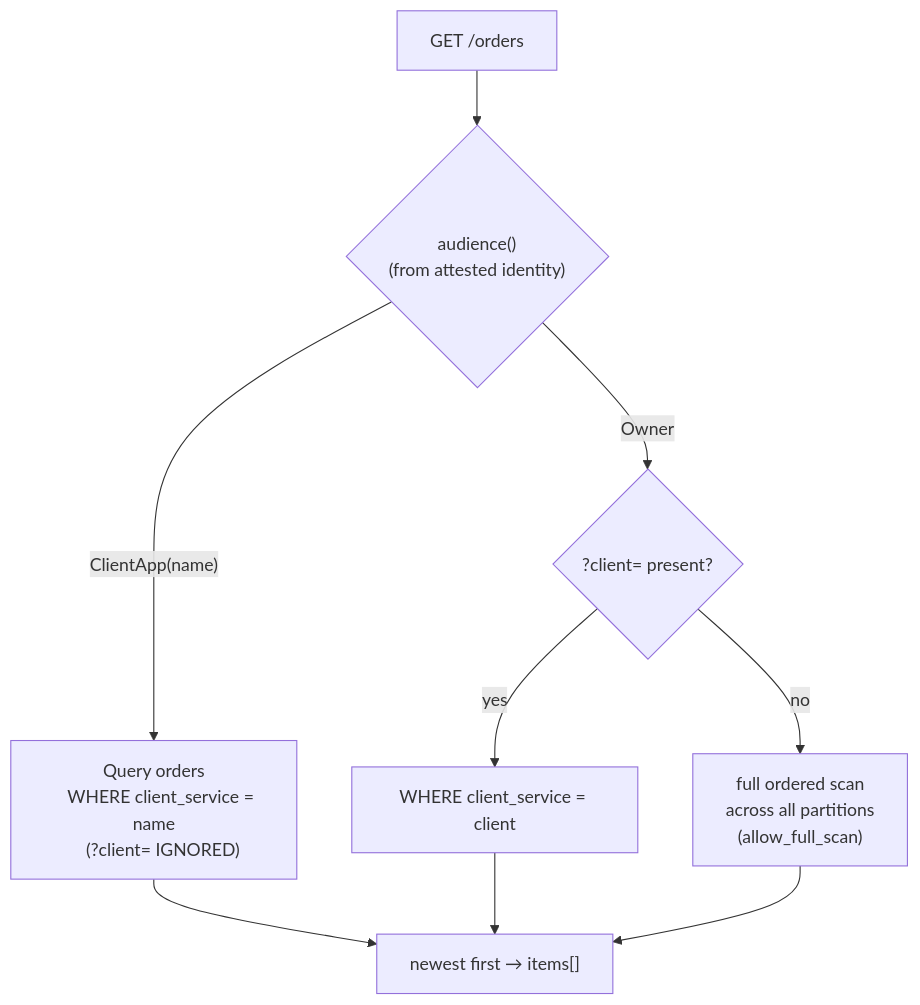
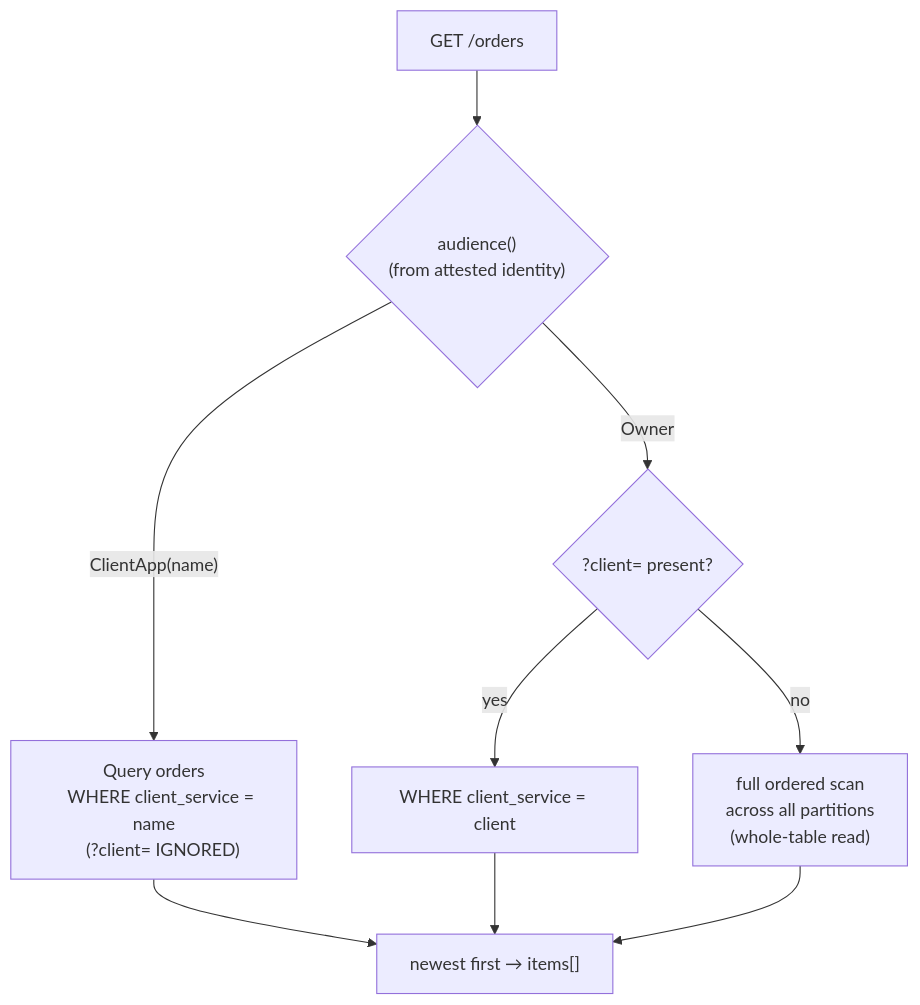
The fourth of 5 diagrams in crates/catalog/stripe-base/README.md (Boogy-ai/boogy-catalog), drawn with Mermaid before and after one commit. The commit also changed other lines of this file and 2 other files, not shown here.

````diff
--- a/crates/catalog/stripe-base/README.md
+++ b/crates/catalog/stripe-base/README.md
@@ -321,16 +321,16 @@
 ```mermaid
 flowchart TD
     Req["GET /orders"] --> Aud{"audience()
     (from attested identity)"}
     Aud -->|"ClientApp(name)"| CA["Query orders
     WHERE client_service = name
     (?client= IGNORED)"]
     Aud -->|"Owner"| OW{"?client= present?"}
     OW -->|yes| OWF["WHERE client_service = client"]
     OW -->|no| OWA["full ordered scan
     across all partitions
-    (allow_full_scan)"]
+    (whole-table read)"]
     CA --> Out["newest first → items[]"]
     OWF --> Out
     OWA --> Out
 ```
````
